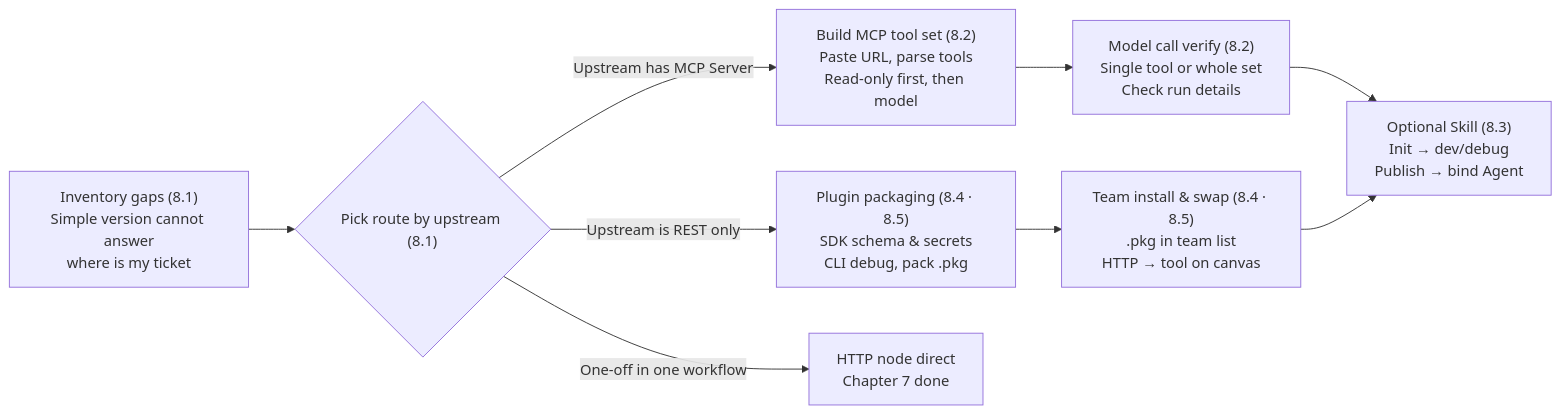
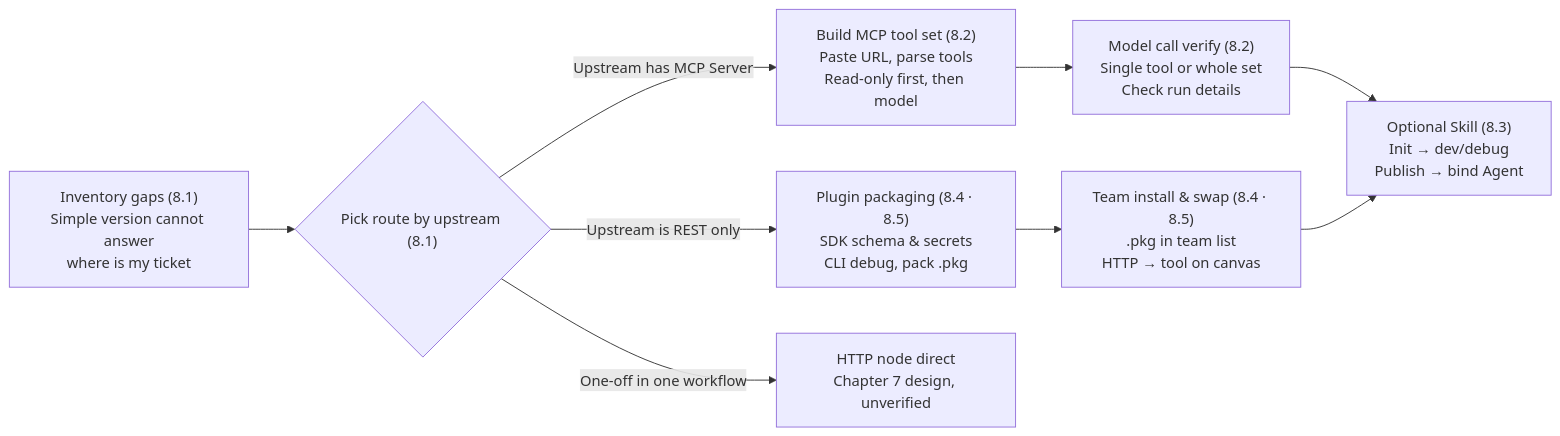
The first of 4 diagrams in books/fastgpt/en/chapters/08-tools-skills.md (ybak/ai-tutorial), drawn with Mermaid before and after one commit. The commit also changed other lines of this file and 21 other files, not shown here.

````diff
--- a/books/fastgpt/en/chapters/08-tools-skills.md
+++ b/books/fastgpt/en/chapters/08-tools-skills.md
@@ -11,11 +11,11 @@
 ```mermaid
 flowchart LR
     A["Inventory gaps (8.1)<br/>Simple version cannot answer<br/>where is my ticket"] --> B{"Pick route by upstream (8.1)"}
     B -->|"Upstream has MCP Server"| C["Build MCP tool set (8.2)<br/>Paste URL, parse tools<br/>Read-only first, then model"]
     B -->|"Upstream is REST only"| D["Plugin packaging (8.4 · 8.5)<br/>SDK schema & secrets<br/>CLI debug, pack .pkg"]
-    B -->|"One-off in one workflow"| E["HTTP node direct<br/>Chapter 7 done"]
+    B -->|"One-off in one workflow"| E["HTTP node direct<br/>Chapter 7 design, unverified"]
     C --> F["Model call verify (8.2)<br/>Single tool or whole set<br/>Check run details"]
     D --> G["Team install & swap (8.4 · 8.5)<br/>.pkg in team list<br/>HTTP → tool on canvas"]
     F --> H["Optional Skill (8.3)<br/>Init → dev/debug<br/>Publish → bind Agent"]
     G --> H
 ```
````
